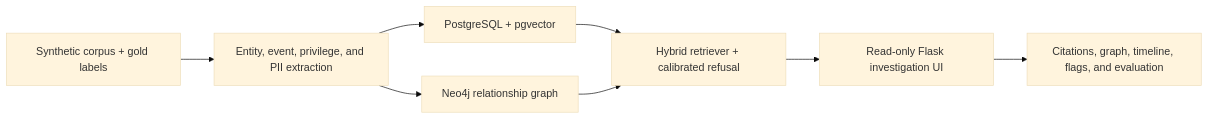
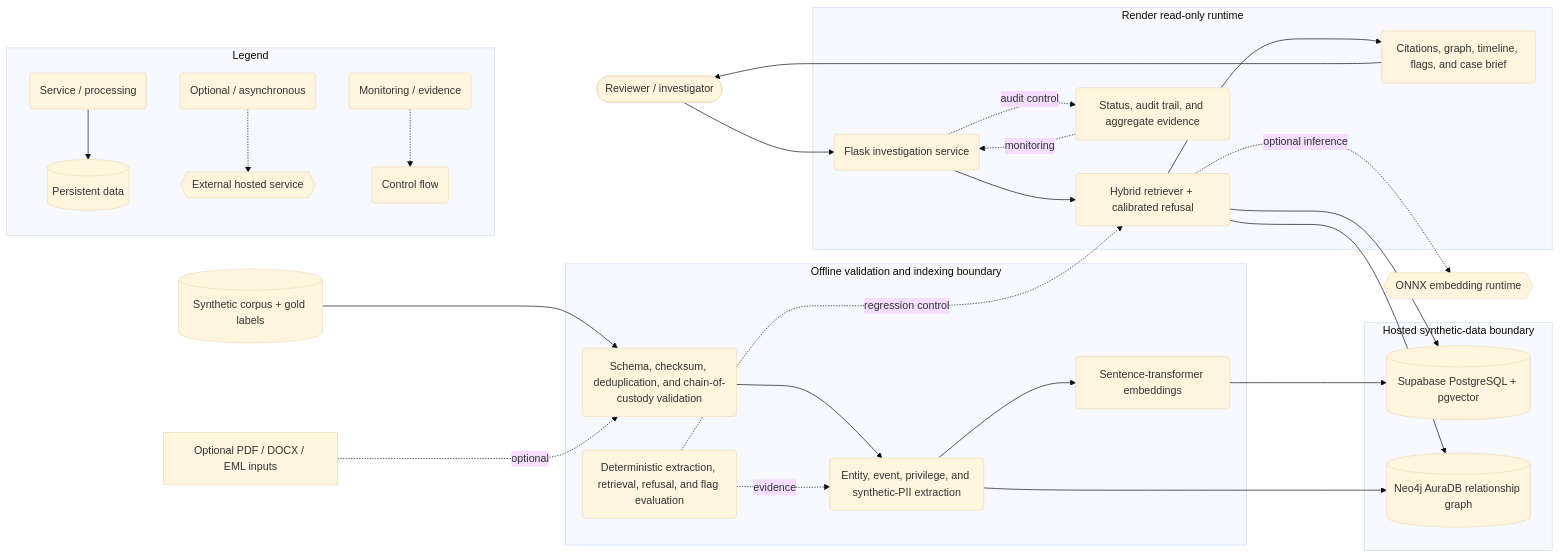
Before and after one commit to vaibhavkhuranaaa/legal-discovery-intelligence-graph: the diagram in architecture/system.mmd, drawn with Mermaid (base theme). The commit also changed 22 other files, not shown here.

```diff
--- a/architecture/system.mmd
+++ b/architecture/system.mmd
@@ -1,8 +1,43 @@
+%% portfolio-architecture: v1
 flowchart LR
-  Corpus["Synthetic corpus + gold labels"] --> Extract["Entity, event, privilege, and PII extraction"]
-  Extract --> Vector["PostgreSQL + pgvector"]
-  Extract --> Graph["Neo4j relationship graph"]
-  Vector --> Hybrid["Hybrid retriever + calibrated refusal"]
-  Graph --> Hybrid
-  Hybrid --> App["Read-only Flask investigation UI"]
-  App --> Evidence["Citations, graph, timeline, flags, and evaluation"]
+  Reviewer(["Reviewer / investigator"])
+  Corpus[("Synthetic corpus + gold labels")]
+  Files["Optional PDF / DOCX / EML inputs"]
+
+  subgraph Offline["Offline validation and indexing boundary"]
+    Validate("Schema, checksum, deduplication, and chain-of-custody validation")
+    Extract("Entity, event, privilege, and synthetic-PII extraction")
+    Embed("Sentence-transformer embeddings")
+    Evaluate("Deterministic extraction, retrieval, refusal, and flag evaluation")
+  end
+
+  subgraph Data["Hosted synthetic-data boundary"]
+    Vector[("Supabase PostgreSQL + pgvector")]
+    Graph[("Neo4j AuraDB relationship graph")]
+  end
+
+  subgraph Runtime["Render read-only runtime"]
+    API("Flask investigation service")
+    Hybrid("Hybrid retriever + calibrated refusal")
+    Views("Citations, graph, timeline, flags, and case brief")
+    Observe("Status, audit trail, and aggregate evidence")
+  end
+
+  Model{{"ONNX embedding runtime"}}
+  Reviewer --> API --> Hybrid --> Views --> Reviewer
+  Corpus --> Validate --> Extract --> Embed --> Vector
+  Extract --> Graph
+  Files -. optional .-> Validate
+  Hybrid --> Vector
+  Hybrid --> Graph
+  Hybrid -. optional inference .-> Model
+  Evaluate -. evidence .-> Extract
+  Evaluate -. regression control .-> Hybrid
+  Observe -. monitoring .-> API
+  API -. audit control .-> Observe
+
+  subgraph Legend["Legend"]
+    L1("Service / processing") --> L2[("Persistent data")]
+    L3("Optional / asynchronous") -.-> L4{{"External hosted service"}}
+    L5("Monitoring / evidence") -.-> L6("Control flow")
+  end
```
